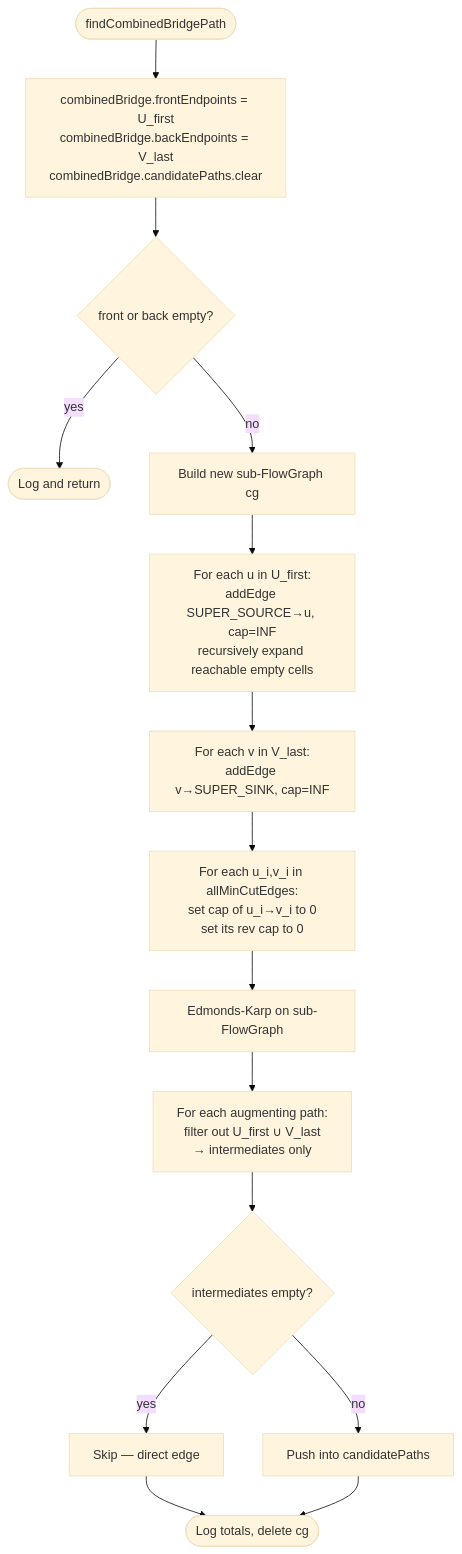
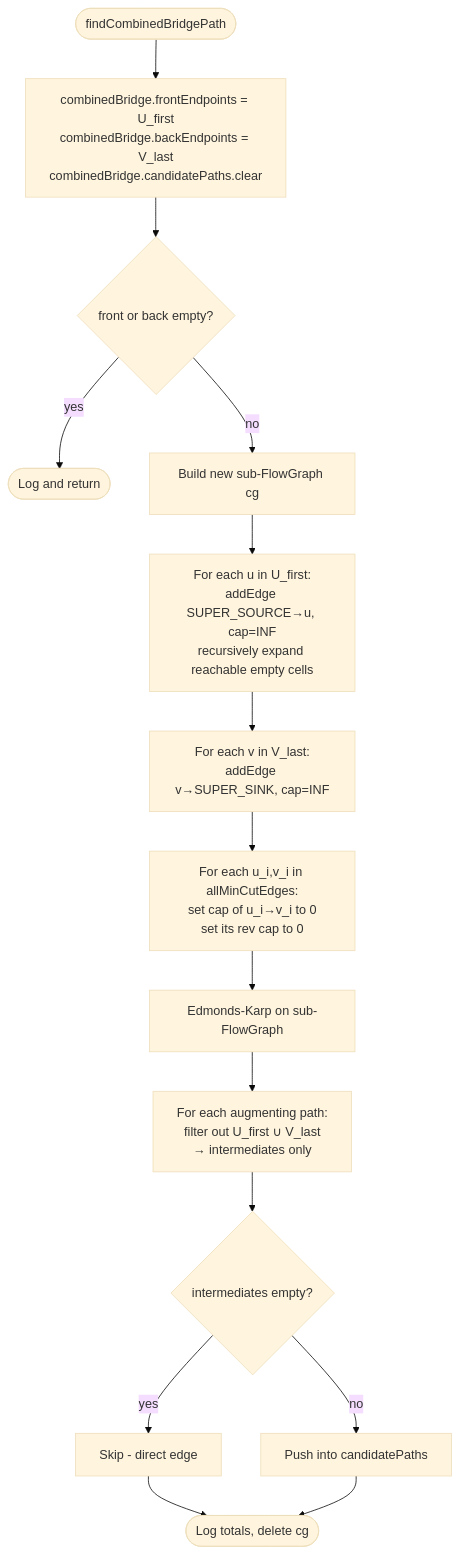
One commit to ajsaliba/VisibleSim changed the sixth of 8 diagrams in docs/Catoms_3D_Flow_Bridge_Combined_Min_Cut_Edge/DOCUMENTATION.md. Above: the diagram before and after it, drawn with Mermaid (base theme). The commit also changed other lines of this file, not shown here.

Commit message:
Add full documentatation of flow bridge optimized version using Catoms 3D modular robots model

````diff
--- a/docs/Catoms_3D_Flow_Bridge_Combined_Min_Cut_Edge/DOCUMENTATION.md
+++ b/docs/Catoms_3D_Flow_Bridge_Combined_Min_Cut_Edge/DOCUMENTATION.md
@@ -359,17 +359,17 @@
 ```mermaid
 flowchart TD
     A([findCombinedBridgePath]) --> B[combinedBridge.frontEndpoints = U_first<br/>combinedBridge.backEndpoints = V_last<br/>combinedBridge.candidatePaths.clear]
     B --> C{front or back empty?}
     C -- yes --> Z([Log and return])
     C -- no --> D[Build new sub-FlowGraph cg]
     D --> E[For each u in U_first:<br/>addEdge SUPER_SOURCE→u, cap=INF<br/>recursively expand reachable empty cells]
     E --> F[For each v in V_last:<br/>addEdge v→SUPER_SINK, cap=INF]
     F --> G[For each u_i,v_i in allMinCutEdges:<br/>set cap of u_i→v_i to 0<br/>set its rev cap to 0]
     G --> H[Edmonds-Karp on sub-FlowGraph]
     H --> I[For each augmenting path:<br/>filter out U_first ∪ V_last<br/>→ intermediates only]
     I --> J{intermediates empty?}
-    J -- yes --> K[Skip — direct edge]
+    J -- yes --> K[Skip - direct edge]
     J -- no --> L[Push into candidatePaths]
     K --> M([Log totals, delete cg])
     L --> M
 ```
````
